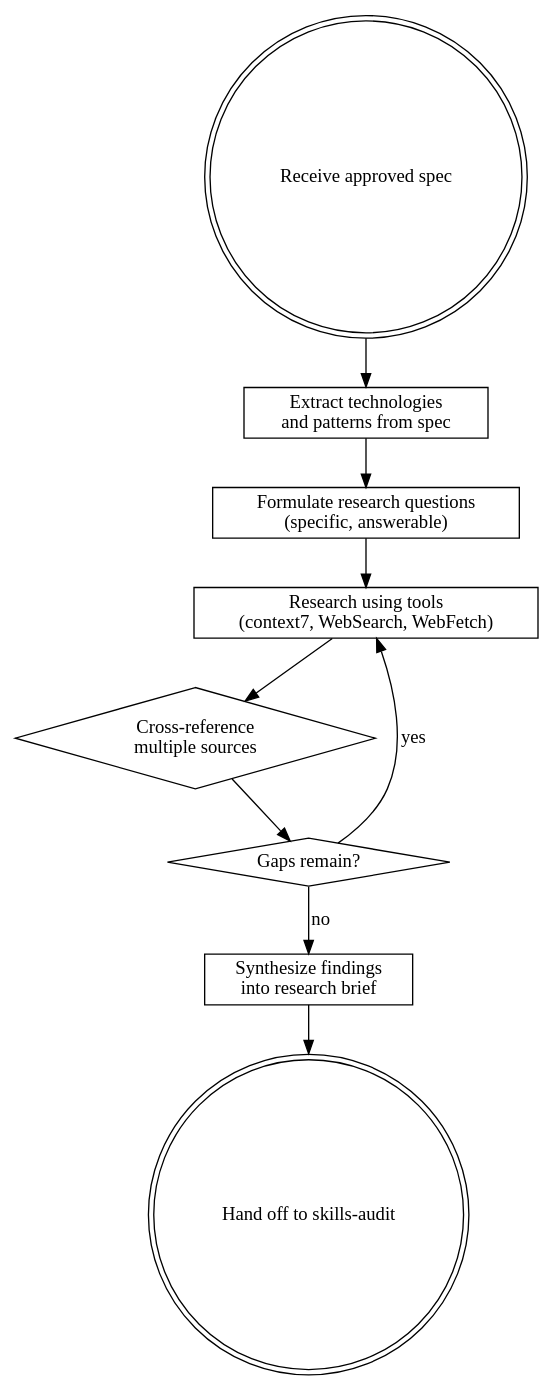
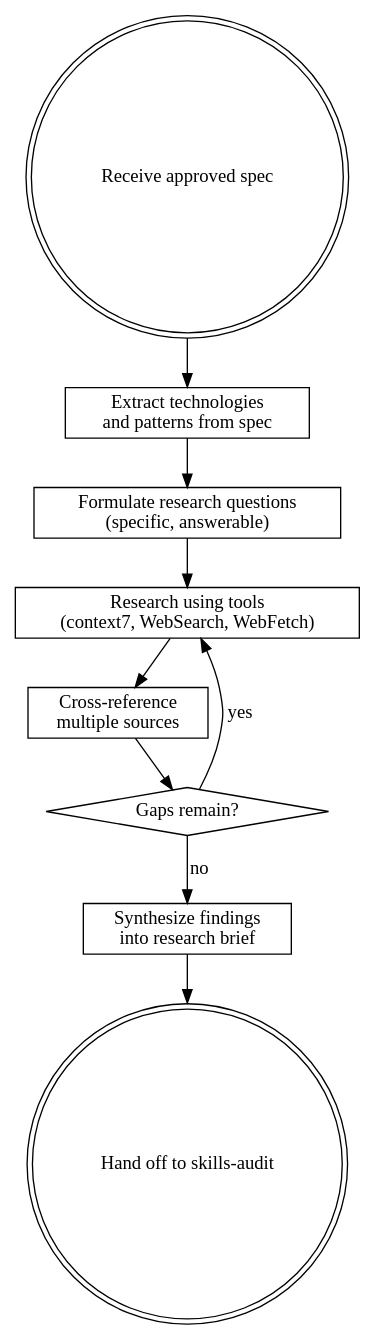
The diagram in skills/deep-research/SKILL.md (ennio-datatide/ultrapowers), drawn with Graphviz before and after one commit. The commit also changed 8 other files, not shown here.

````diff
--- a/skills/deep-research/SKILL.md
+++ b/skills/deep-research/SKILL.md
@@ -28,21 +28,21 @@
 ```dot
 digraph deep_research {
     "Receive approved spec" [shape=doublecircle];
     "Extract technologies\nand patterns from spec" [shape=box];
     "Formulate research questions\n(specific, answerable)" [shape=box];
     "Research using tools\n(context7, WebSearch, WebFetch)" [shape=box];
-    "Cross-reference\nmultiple sources" [shape=diamond];
+    "Cross-reference\nmultiple sources" [shape=box];
     "Gaps remain?" [shape=diamond];
     "Synthesize findings\ninto research brief" [shape=box];
     "Hand off to skills-audit" [shape=doublecircle];
 
     "Receive approved spec" -> "Extract technologies\nand patterns from spec";
     "Extract technologies\nand patterns from spec" -> "Formulate research questions\n(specific, answerable)";
     "Formulate research questions\n(specific, answerable)" -> "Research using tools\n(context7, WebSearch, WebFetch)";
     "Research using tools\n(context7, WebSearch, WebFetch)" -> "Cross-reference\nmultiple sources";
     "Cross-reference\nmultiple sources" -> "Gaps remain?";
     "Gaps remain?" -> "Research using tools\n(context7, WebSearch, WebFetch)" [label="yes"];
     "Gaps remain?" -> "Synthesize findings\ninto research brief" [label="no"];
     "Synthesize findings\ninto research brief" -> "Hand off to skills-audit";
 }
 ```
````
